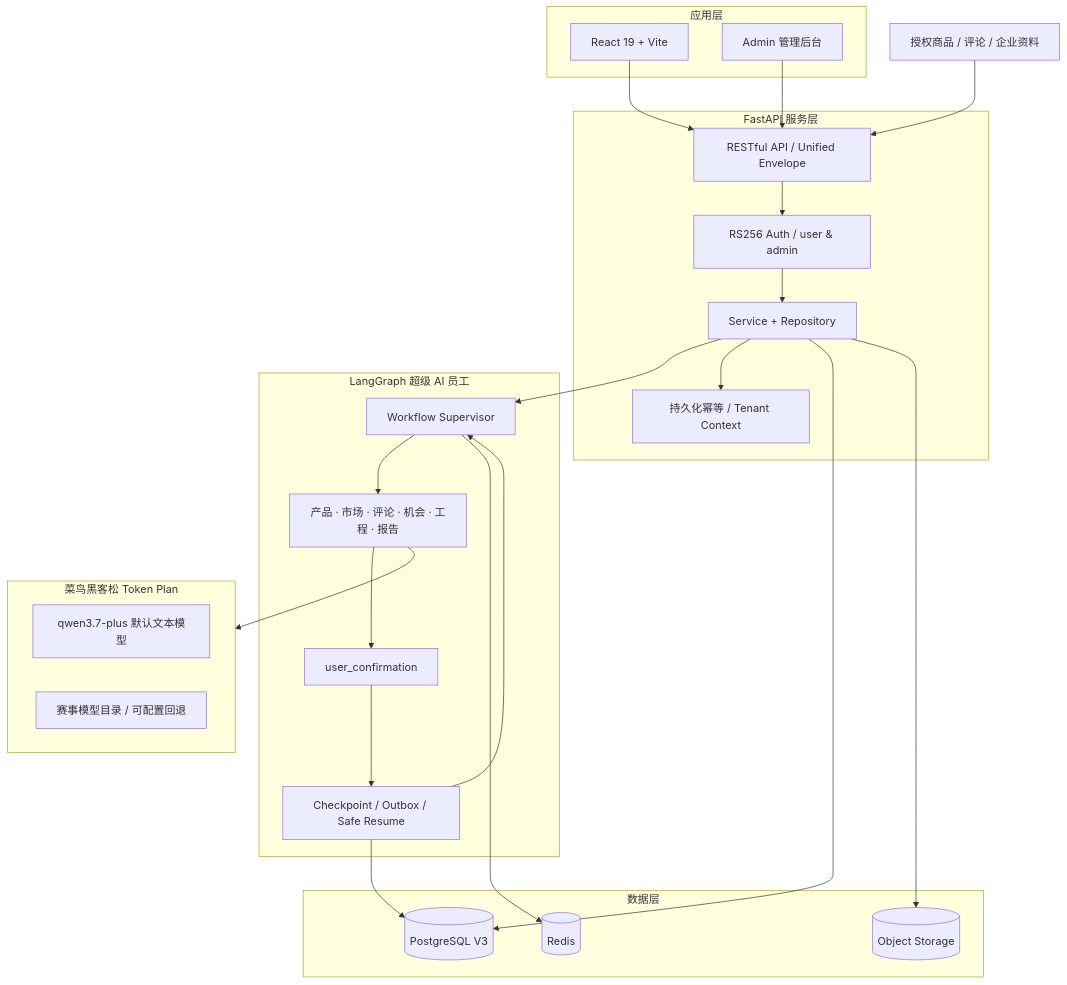
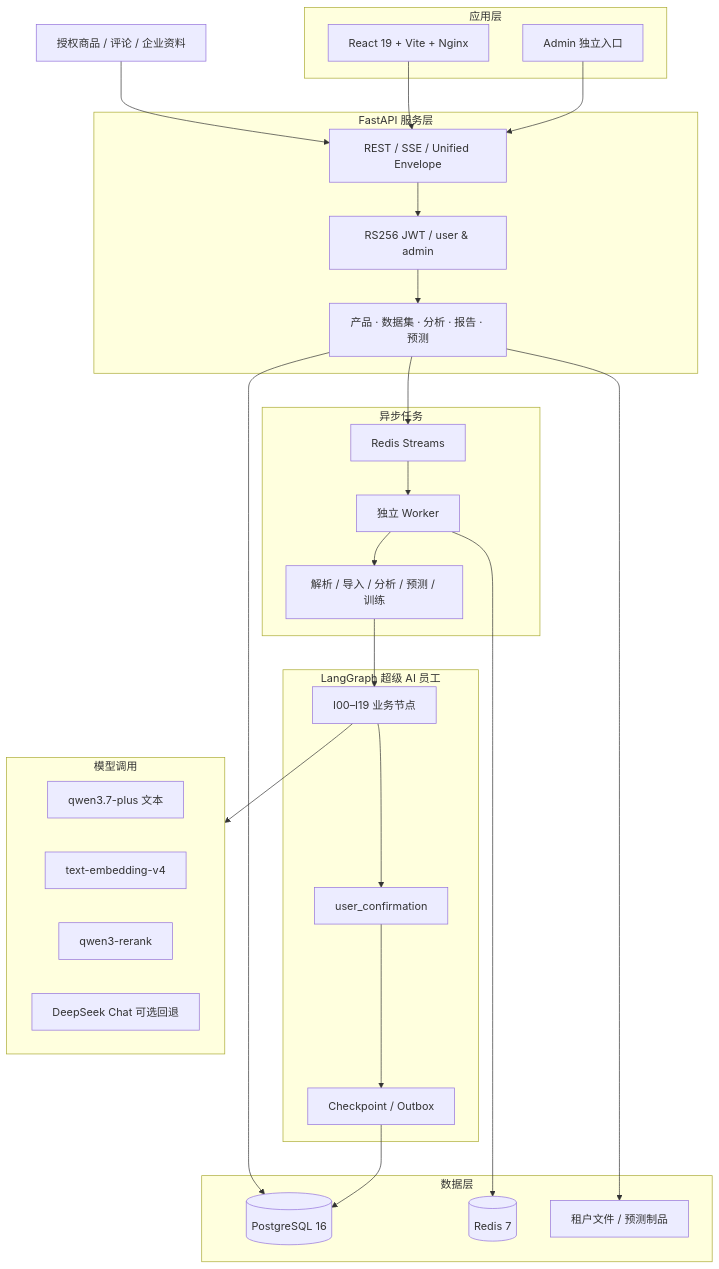
Before and after one commit to qzh666qbb/Furniscope: the second of 2 diagrams in README.md, drawn with Mermaid. The commit also changed other lines of this file and 95 other files, not shown here.

````diff
--- a/README.md
+++ b/README.md
@@ -74,45 +108,51 @@
 ```mermaid
 flowchart TB
     subgraph Client[应用层]
-        Web[React 19 + Vite]
-        Admin[Admin 管理后台]
+        Web[React 19 + Vite + Nginx]
+        Admin[Admin 独立入口]
     end
 
     subgraph API[FastAPI 服务层]
-        Gateway[RESTful API / Unified Envelope]
-        Auth[RS256 Auth / user & admin]
-        Services[Service + Repository]
-        Idem[持久化幂等 / Tenant Context]
+        Gateway[REST / SSE / Unified Envelope]
+        Auth[RS256 JWT / user & admin]
+        Domain[产品 · 数据集 · 分析 · 报告 · 预测]
+    end
+
+    subgraph Async[异步任务]
+        Stream[Redis Streams]
+        Worker[独立 Worker]
+        Jobs[解析 / 导入 / 分析 / 预测 / 训练]
     end
 
     subgraph Agent[LangGraph 超级 AI 员工]
-        Supervisor[Workflow Supervisor]
-        Workers[产品 · 市场 · 评论 · 机会 · 工程 · 报告]
+        Supervisor[I00–I19 业务节点]
         Confirm[user_confirmation]
-        Checkpoint[Checkpoint / Outbox / Safe Resume]
+        Checkpoint[Checkpoint / Outbox]
     end
 
-    subgraph Models[菜鸟黑客松 Token Plan]
-        Qwen[qwen3.7-plus 默认文本模型]
-        Fallback[赛事模型目录 / 可配置回退]
+    subgraph Models[模型调用]
+        Qwen[qwen3.7-plus 文本]
+        Embed[text-embedding-v4]
+        Rerank[qwen3-rerank]
+        Fallback[DeepSeek Chat 可选回退]
     end
 
     subgraph Data[数据层]
-        PG[(PostgreSQL V3)]
-        Redis[(Redis)]
-        OSS[(Object Storage)]
+        PG[(PostgreSQL 16)]
+        Redis[(Redis 7)]
+        Files[租户文件 / 预测制品]
     end
 
     Sources[授权商品 / 评论 / 企业资料] --> Gateway
     Web --> Gateway
     Admin --> Gateway
-    Gateway --> Auth --> Services --> Supervisor
-    Services --> Idem
-    Supervisor --> Workers
-    Workers --> Confirm --> Checkpoint --> Supervisor
-    Workers --> Models
-    Services --> PG
+    Gateway --> Auth --> Domain
+    Domain --> Stream --> Worker --> Jobs
+    Jobs --> Supervisor
+    Supervisor --> Confirm --> Checkpoint
+    Supervisor --> Models
+    Domain --> PG
     Checkpoint --> PG
-    Supervisor --> Redis
-    Services --> OSS
+    Worker --> Redis
+    Domain --> Files
 ```
````
